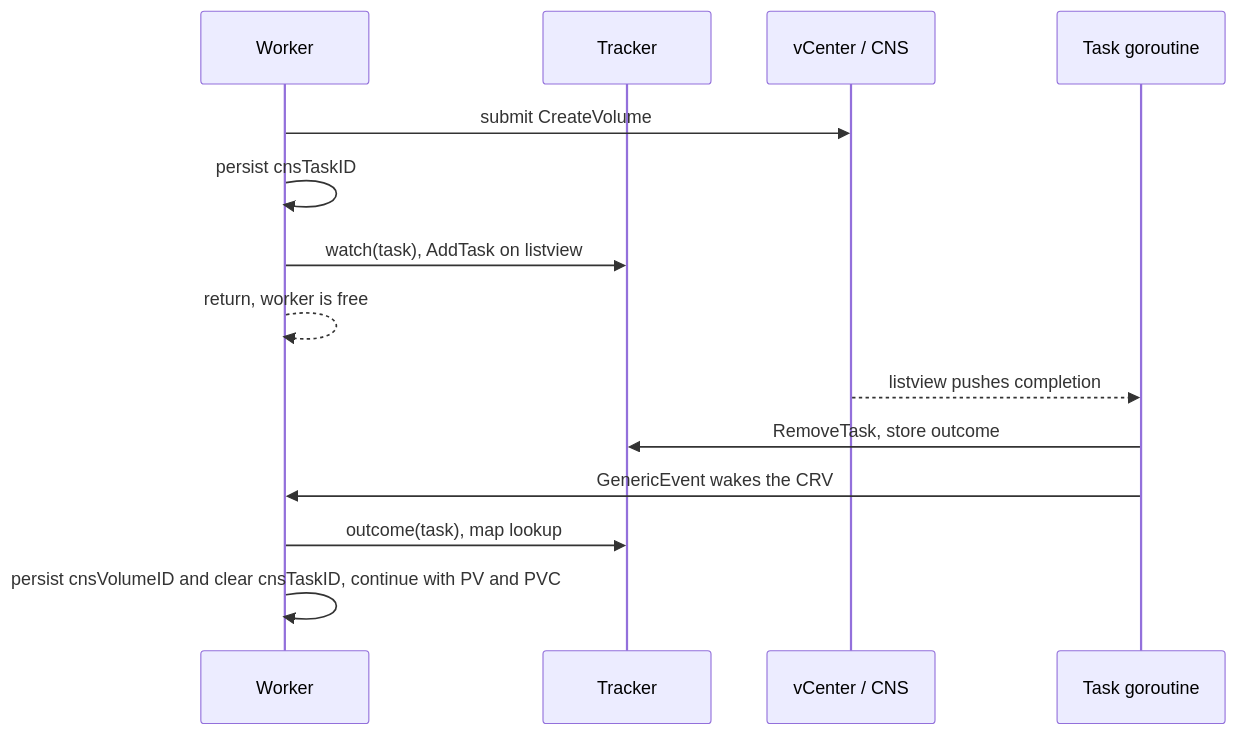
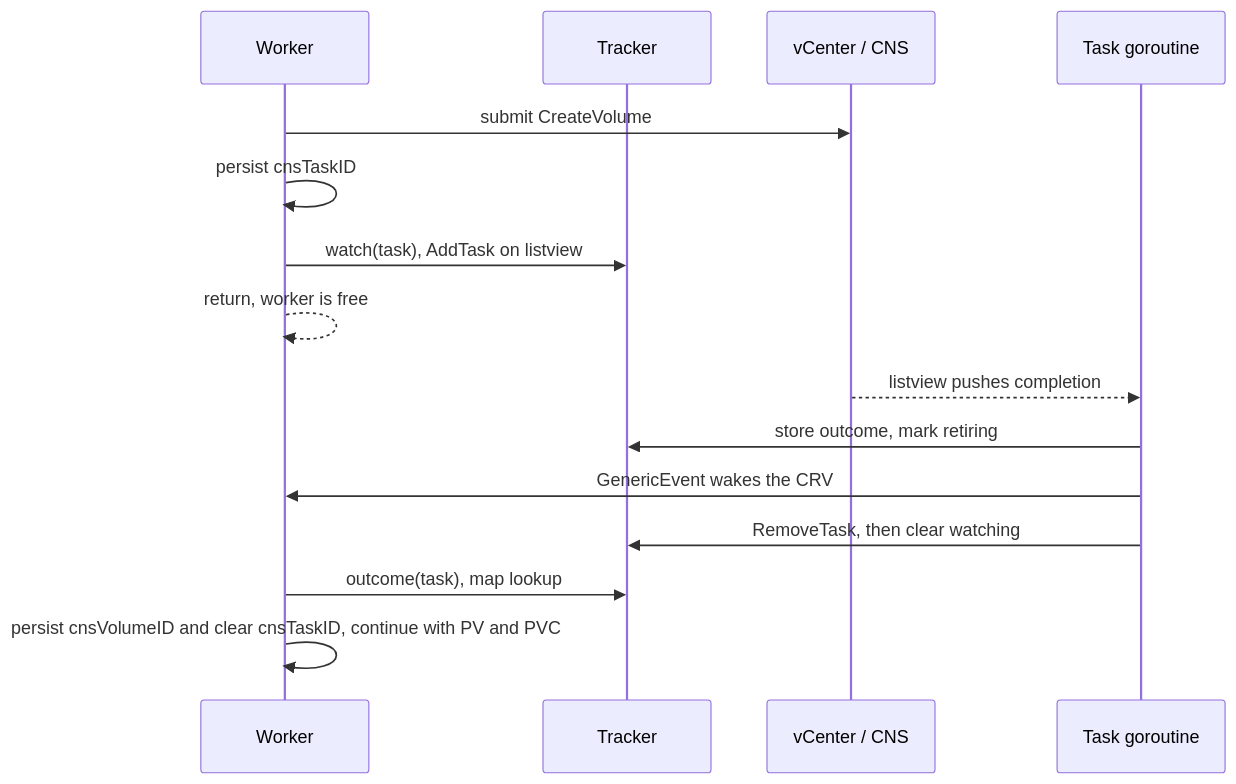
The fifth of 11 diagrams in spec/UBMCNS-2482/design.md (kubernetes-sigs/vsphere-csi-driver), drawn with Mermaid before and after one commit. The commit also changed other lines of this file and 6 other files, not shown here.

````diff
--- a/spec/UBMCNS-2482/design.md
+++ b/spec/UBMCNS-2482/design.md
@@ -510,17 +514,18 @@
 ```mermaid
 sequenceDiagram
     participant W as Worker
     participant T as Tracker
     participant VC as vCenter / CNS
     participant G as Task goroutine
 
     W->>VC: submit CreateVolume
     W->>W: persist cnsTaskID
     W->>T: watch(task), AddTask on listview
     W-->>W: return, worker is free
     VC-->>G: listview pushes completion
-    G->>T: RemoveTask, store outcome
+    G->>T: store outcome, mark retiring
     G->>W: GenericEvent wakes the CRV
+    G->>T: RemoveTask, then clear watching
     W->>T: outcome(task), map lookup
     W->>W: persist cnsVolumeID and clear cnsTaskID, continue with PV and PVC
 ```
````
